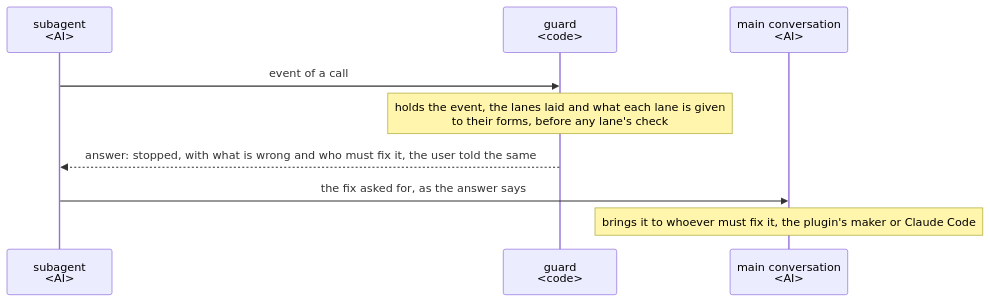
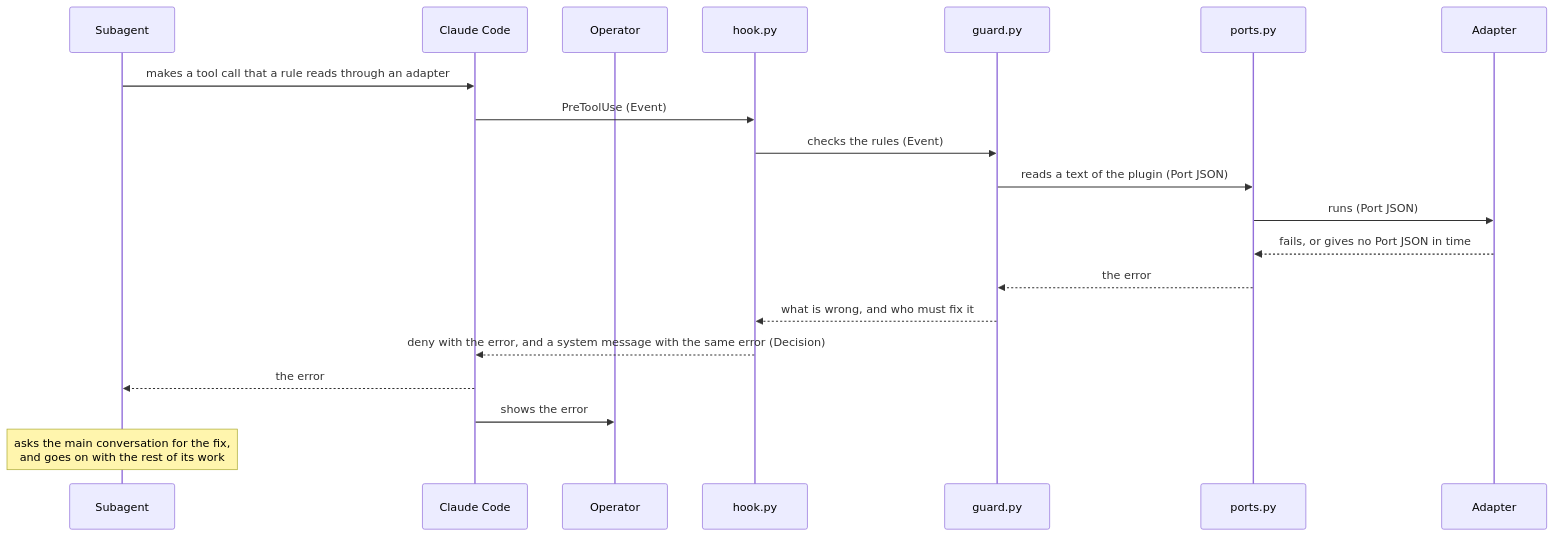
Before and after one commit to lovaizu/ccpm: the fifth of 7 diagrams in dev/lane/architecture.md, drawn with Mermaid. The commit also changed other lines of this file and 3 other files, not shown here.

First line of the commit message:
Rewrite lane's architecture on its template and the new UX

````diff
--- a/dev/lane/architecture.md
+++ b/dev/lane/architecture.md
@@ -274,11 +317,22 @@
 ```mermaid
 sequenceDiagram
-  participant S as subagent<br/>#lt;AI#gt;
-  participant G as guard<br/>#lt;code#gt;
-  participant M as main conversation<br/>#lt;AI#gt;
-  S->>G: event of a call
-  Note over G: holds the event, the lanes laid and what each lane is given<br/>to their forms, before any lane's check
-  G-->>S: answer: stopped, with what is wrong and who must fix it, the user told the same
-  S->>M: the fix asked for, as the answer says
-  Note over M: brings it to whoever must fix it, the plugin's maker or Claude Code
+  participant SA as Subagent
+  participant CC as Claude Code
+  participant OP as Operator
+  participant H as hook.py
+  participant G as guard.py
+  participant PO as ports.py
+  participant AD as Adapter
+  SA->>CC: makes a tool call that a rule reads through an adapter
+  CC->>H: PreToolUse (Event)
+  H->>G: checks the rules (Event)
+  G->>PO: reads a text of the plugin (Port JSON)
+  PO->>AD: runs (Port JSON)
+  AD-->>PO: fails, or gives no Port JSON in time
+  PO-->>G: the error
+  G-->>H: what is wrong, and who must fix it
+  H-->>CC: deny with the error, and a system message with the same error (Decision)
+  CC-->>SA: the error
+  CC->>OP: shows the error
+  Note over SA: asks the main conversation for the fix,<br>and goes on with the rest of its work
 ```
````
